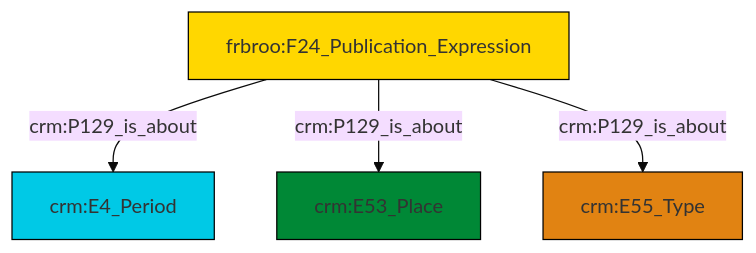
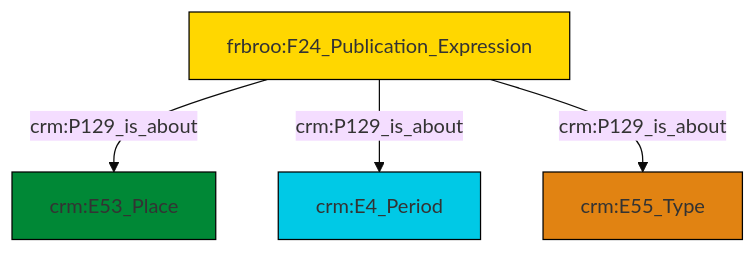
The diagram in et/biblioCSV/ttl/mmd/biblio_aboutness.ttl.mmd (swiss-art-research-net/docs.swissartresearch), drawn with Mermaid (base theme) before and after one commit. The commit also changed 170 other files, not shown here.

```diff
--- a/et/biblioCSV/ttl/mmd/biblio_aboutness.ttl.mmd
+++ b/et/biblioCSV/ttl/mmd/biblio_aboutness.ttl.mmd
@@ -1,18 +1,18 @@
 graph TD
 classDef Literal fill:#f2f2f2,stroke:#000000;
 classDef CRM_Entity fill:#FFFFFF,stroke:#000000;
 classDef Temporal_Entity fill:#00C9E6, stroke:#000000;
 classDef Type fill:#E18312, stroke:#000000;
 classDef Time-Span fill:#2C9C91, stroke:#000000;
 classDef Appellation fill:#FFEB7F, stroke:#000000;
 classDef Place fill:#008836, stroke:#000000;
 classDef Persistent_Item fill:#B266B2, stroke:#000000;
 classDef Conceptual_Object fill:#FFD700, stroke:#000000;
 classDef Physical_Thing fill:#D2B48C, stroke:#000000;
 classDef Actor fill:#f58aad, stroke:#000000;
 classDef PC_Classes fill:#4ce600, stroke:#000000;
 classDef Multi fill:#cccccc,stroke:#000000;
 
-0["frbroo:F24_Publication_Expression"]:::Conceptual_Object -->|crm:P129_is_about| 1["crm:E4_Period"]:::Temporal_Entity
-0["frbroo:F24_Publication_Expression"]:::Conceptual_Object -->|crm:P129_is_about| 3["crm:E53_Place"]:::Place
+0["frbroo:F24_Publication_Expression"]:::Conceptual_Object -->|crm:P129_is_about| 2["crm:E53_Place"]:::Place
+0["frbroo:F24_Publication_Expression"]:::Conceptual_Object -->|crm:P129_is_about| 3["crm:E4_Period"]:::Temporal_Entity
 0["frbroo:F24_Publication_Expression"]:::Conceptual_Object -->|crm:P129_is_about| 6["crm:E55_Type"]:::Type
```
